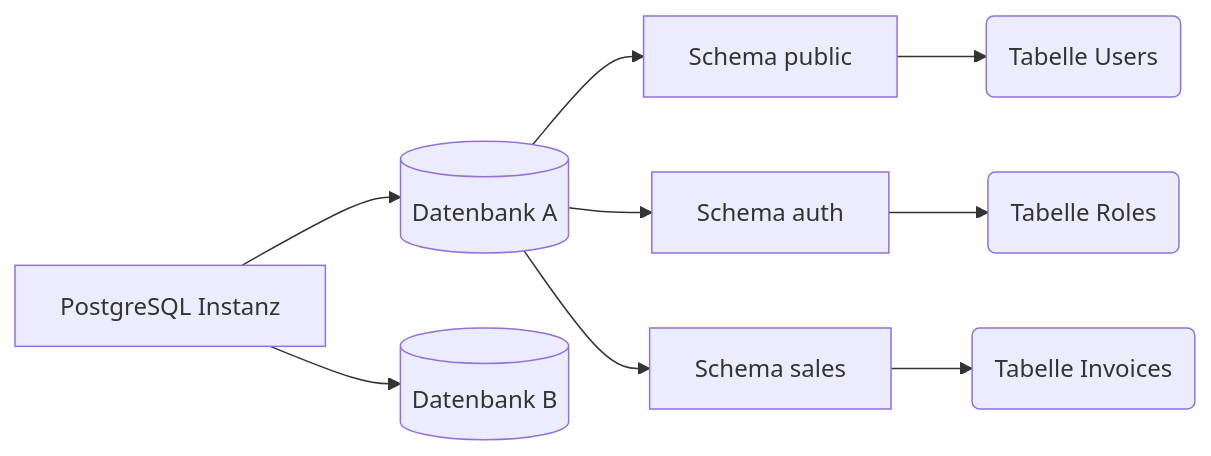
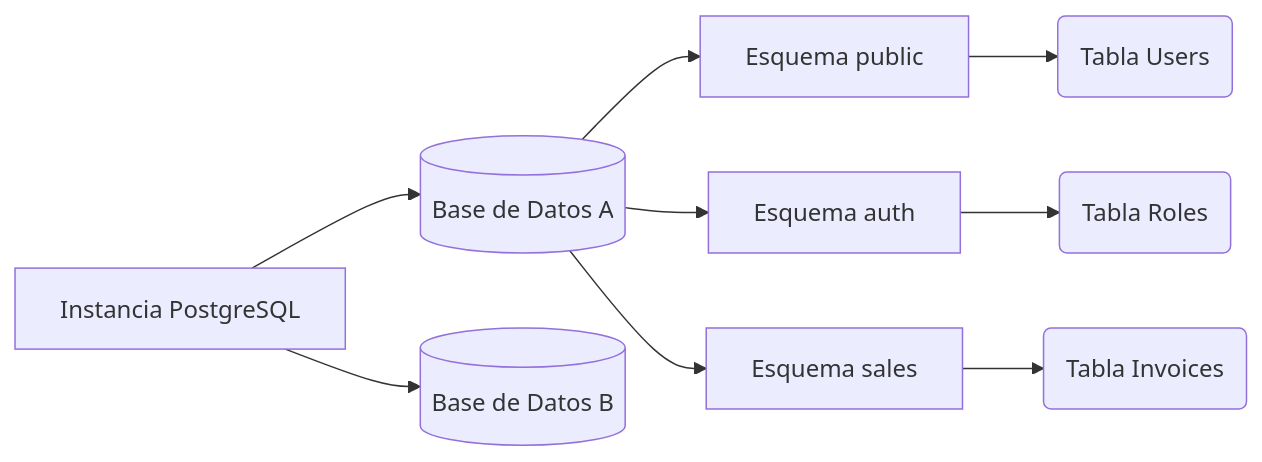
The first of 2 diagrams in public/docs/de/postgres_basico.md (gjpierp/nmergeia), drawn with Mermaid before and after one commit. The commit also changed other lines of this file and 518 other files, not shown here.

````diff
--- a/public/docs/de/postgres_basico.md
+++ b/public/docs/de/postgres_basico.md
@@ -9,13 +9,13 @@
 ```mermaid
 graph LR
-    Instancia[PostgreSQL Instanz] --> DB1[(Datenbank A)]
-    Instancia --> DB2[(Datenbank B)]
+    Instancia[Instancia PostgreSQL] --> DB1[(Base de Datos A)]
+    Instancia --> DB2[(Base de Datos B)]
     
-    DB1 --> Public[Schema public]
-    DB1 --> Auth[Schema auth]
-    DB1 --> Sales[Schema sales]
+    DB1 --> Public[Esquema public]
+    DB1 --> Auth[Esquema auth]
+    DB1 --> Sales[Esquema sales]
     
-    Public --> T1(Tabelle Users)
-    Auth --> T2(Tabelle Roles)
-    Sales --> T3(Tabelle Invoices)
+    Public --> T1(Tabla Users)
+    Auth --> T2(Tabla Roles)
+    Sales --> T3(Tabla Invoices)
 ```
````
